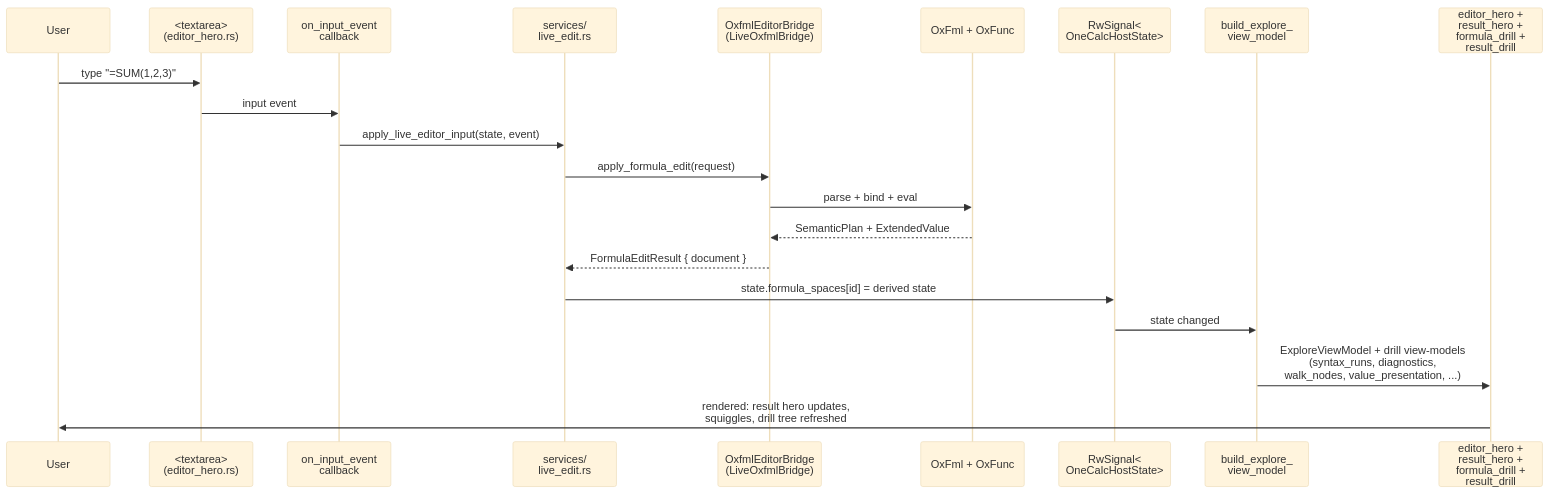
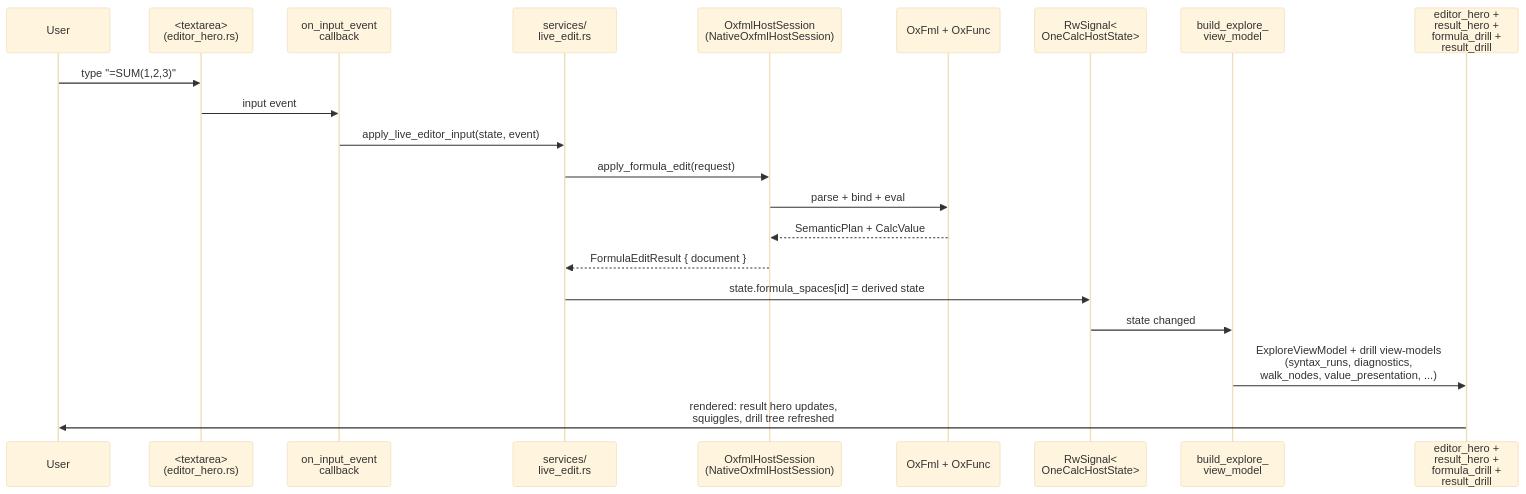
Before and after one commit to DnaCalc/DnaOneCalc: the third of 6 diagrams in docs/APP_UX_REALIZATION.md, drawn with Mermaid (base theme). The commit also changed other lines of this file and 40 other files, not shown here.

First line of the commit message:
Resync OneCalc host onto native OxFml

````diff
--- a/docs/APP_UX_REALIZATION.md
+++ b/docs/APP_UX_REALIZATION.md
@@ -1039,24 +1039,24 @@
 ```mermaid
 sequenceDiagram
     participant U as User
     participant TA as <textarea><br/>(editor_hero.rs)
     participant CB as on_input_event<br/>callback
     participant LE as services/<br/>live_edit.rs
-    participant BR as OxfmlEditorBridge<br/>(LiveOxfmlBridge)
+    participant BR as OxfmlHostSession<br/>(NativeOxfmlHostSession)
     participant OX as OxFml + OxFunc
     participant ST as RwSignal<<br/>OneCalcHostState>
     participant VM as build_explore_<br/>view_model
     participant UI as editor_hero +<br/>result_hero +<br/>formula_drill +<br/>result_drill
 
     U->>TA: type "=SUM(1,2,3)"
     TA->>CB: input event
     CB->>LE: apply_live_editor_input(state, event)
     LE->>BR: apply_formula_edit(request)
     BR->>OX: parse + bind + eval
-    OX-->>BR: SemanticPlan + ExtendedValue
+    OX-->>BR: SemanticPlan + CalcValue
     BR-->>LE: FormulaEditResult { document }
     LE->>ST: state.formula_spaces[id] = derived state
     ST->>VM: state changed
     VM->>UI: ExploreViewModel + drill view-models<br/>(syntax_runs, diagnostics,<br/>walk_nodes, value_presentation, ...)
     UI->>U: rendered: result hero updates,<br/>squiggles, drill tree refreshed
 ```
````
